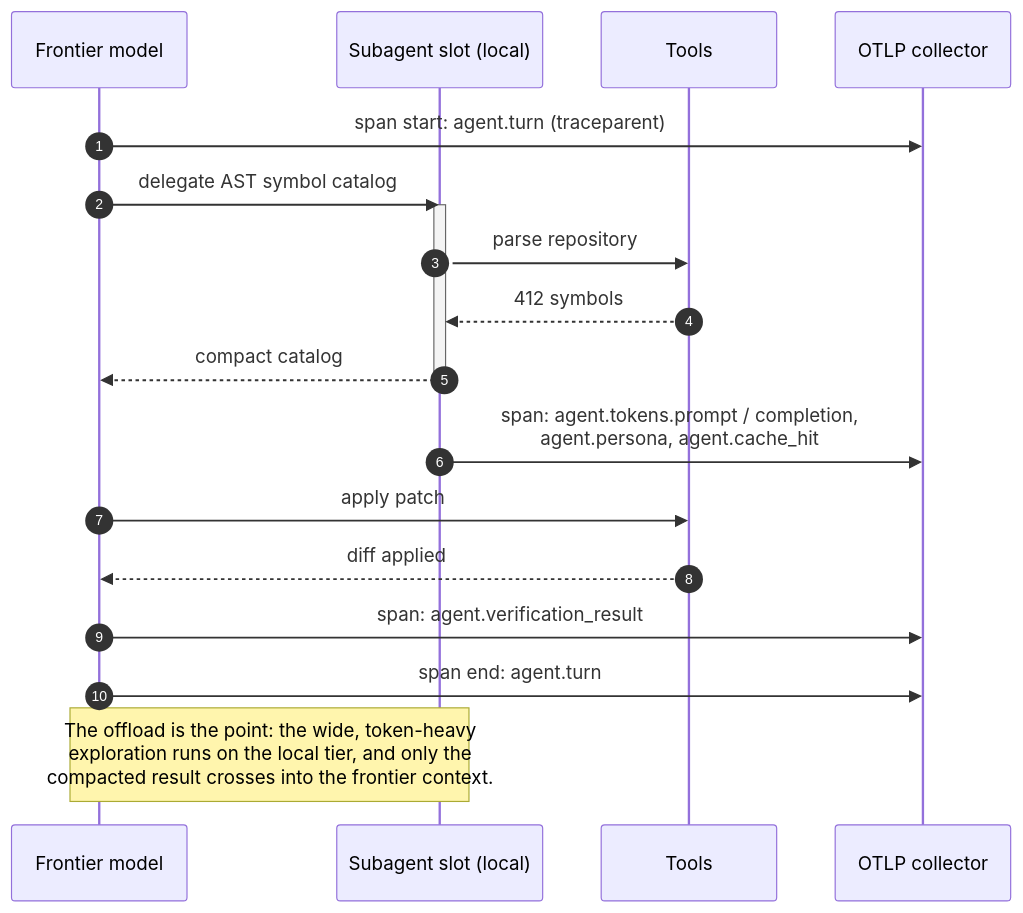
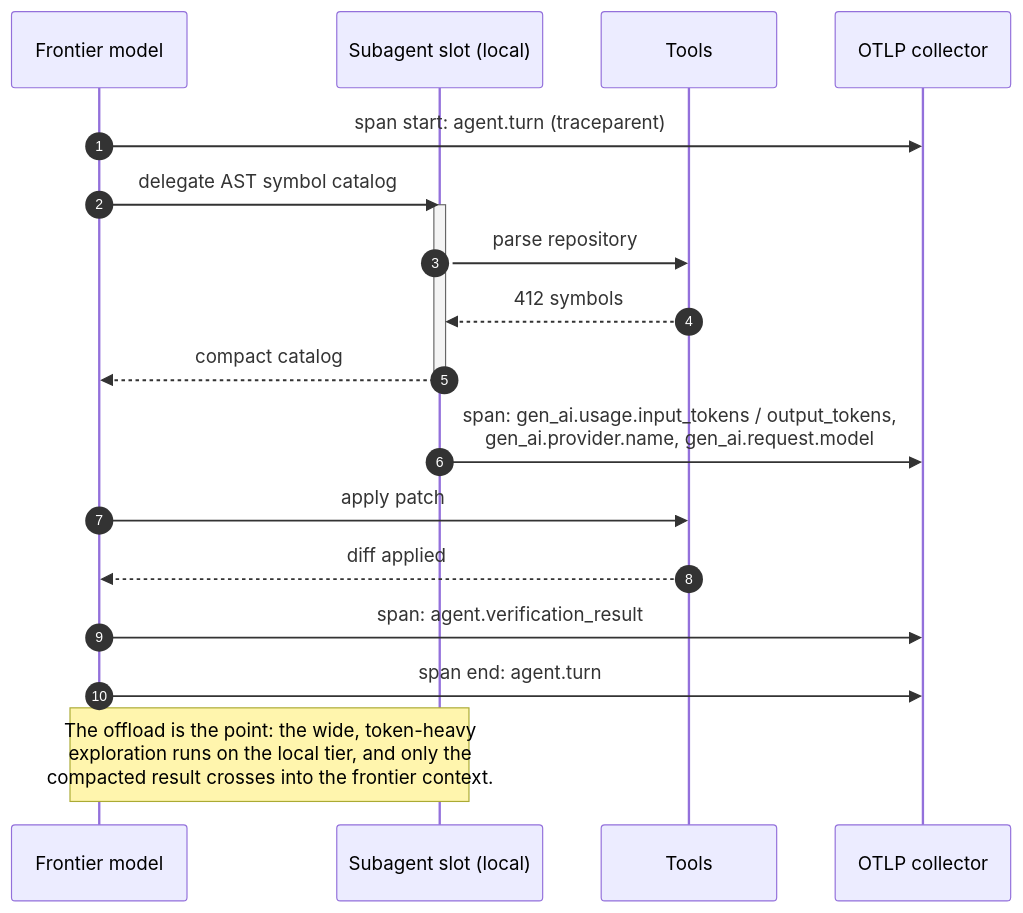
One commit to dan-petty/vibes changed the diagram in examples/agent-telemetry-trace-generator/README.md. Above: the diagram before and after it, drawn with Mermaid. The commit also changed other lines of this file and 12 other files, not shown here.

````diff
--- a/examples/agent-telemetry-trace-generator/README.md
+++ b/examples/agent-telemetry-trace-generator/README.md
@@ -16,24 +16,24 @@
 ```mermaid
 sequenceDiagram
     autonumber
     participant F as Frontier model
     participant S as Subagent slot (local)
     participant T as Tools
     participant O as OTLP collector
 
     F->>O: span start: agent.turn (traceparent)
     F->>S: delegate AST symbol catalog
     activate S
     S->>T: parse repository
     T-->>S: 412 symbols
     S-->>F: compact catalog
     deactivate S
-    S->>O: span: agent.tokens.prompt / completion,<br/>agent.persona, agent.cache_hit
+    S->>O: span: gen_ai.usage.input_tokens / output_tokens,<br/>gen_ai.provider.name, gen_ai.request.model
 
     F->>T: apply patch
     T-->>F: diff applied
     F->>O: span: agent.verification_result
     F->>O: span end: agent.turn
 
     Note over F,S: The offload is the point: the wide, token-heavy<br/>exploration runs on the local tier, and only the<br/>compacted result crosses into the frontier context.
 ```
````
